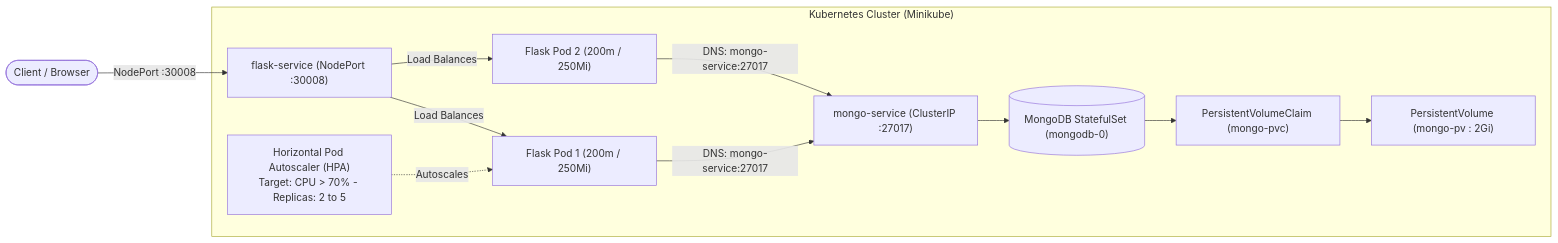
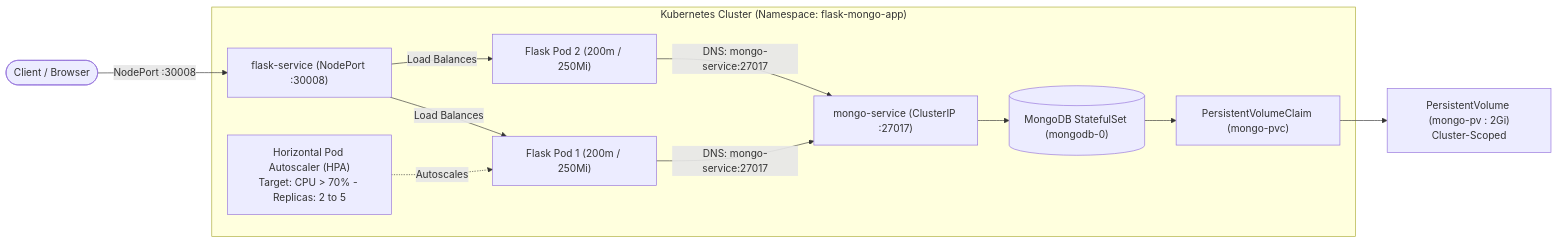
Before and after one commit to utkarsh01saxena/kubernetes-flask-mongodb: the diagram in README.md, drawn with Mermaid. The commit also changed other lines of this file and 16 other files, not shown here.

````diff
--- a/README.md
+++ b/README.md
@@ -10,18 +10,19 @@
 ```mermaid
 flowchart LR
     Client(["Client / Browser"]) -->|NodePort :30008| FlaskSvc["flask-service (NodePort :30008)"]
 
-    subgraph K8sCluster ["Kubernetes Cluster (Minikube)"]
+    subgraph K8sCluster ["Kubernetes Cluster (Namespace: flask-mongo-app)"]
         FlaskSvc -->|Load Balances| F1["Flask Pod 1 (200m / 250Mi)"]
         FlaskSvc -->|Load Balances| F2["Flask Pod 2 (200m / 250Mi)"]
         
         HPA["Horizontal Pod Autoscaler (HPA)<br/>Target: CPU > 70% - Replicas: 2 to 5"] -.->|Autoscales| F1
         
         F1 -->|DNS: mongo-service:27017| MongoSvc["mongo-service (ClusterIP :27017)"]
         F2 -->|DNS: mongo-service:27017| MongoSvc
         
         MongoSvc --> M1[("MongoDB StatefulSet (mongodb-0)")]
         M1 --> PVC["PersistentVolumeClaim (mongo-pvc)"]
-        PVC --> PV["PersistentVolume (mongo-pv : 2Gi)"]
     end
+    
+    PVC --> PV["PersistentVolume (mongo-pv : 2Gi)<br/>Cluster-Scoped"]
 ```
````
